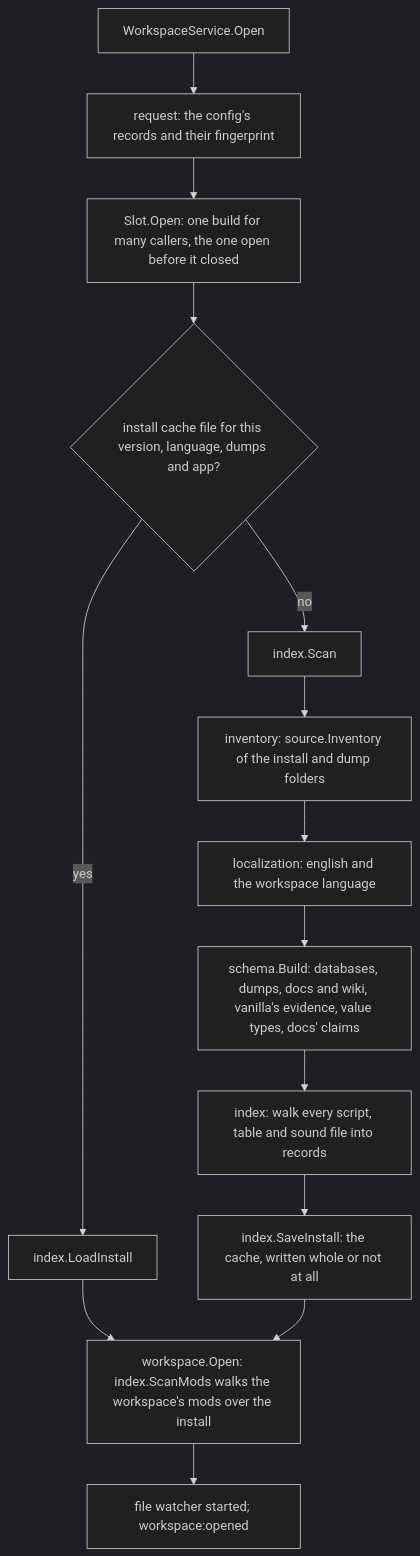
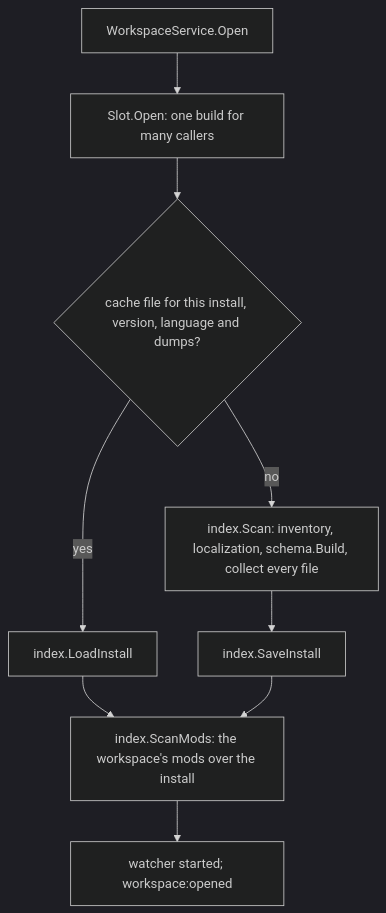
The diagram in services/README.md (idodavis/paradox-modding-tools), drawn with Mermaid (dark theme) before and after one commit. The commit also changed other lines of this file and 1 other file, not shown here.

Commit message:
The services README is the one map of the backend: the packages in their import order, what the engine keeps, the services, the events, opening a workspace, where to change what and the tests; internal/README.md is folded into it.

````diff
--- a/services/README.md
+++ b/services/README.md
@@ -106,16 +87,11 @@
 ```mermaid
 flowchart TD
-  A[WorkspaceService.Open] --> A1[request: the config's records and their fingerprint]
-  A1 --> A2[Slot.Open: one build for many callers, the one open before it closed]
-  A2 --> B{install cache file for this version, language, dumps and app?}
-  B -- yes --> C[index.LoadInstall]
-  B -- no --> D[index.Scan]
-  D --> D1[inventory: source.Inventory of the install and dump folders]
-  D1 --> D2[localization: english and the workspace language]
-  D2 --> D3["schema.Build: databases, dumps, docs and wiki, vanilla's evidence, value types, docs' claims"]
-  D3 --> D4[index: walk every script, table and sound file into records]
-  D4 --> D5[index.SaveInstall: the cache, written whole or not at all]
-  C --> E[workspace.Open: index.ScanMods walks the workspace's mods over the install]
-  D5 --> E
-  E --> F[file watcher started; workspace:opened]
+  A[WorkspaceService.Open] --> B[Slot.Open: one build for many callers]
+  B --> C{cache file for this install, version, language and dumps?}
+  C -- yes --> D[index.LoadInstall]
+  C -- no --> E[index.Scan: inventory, localization, schema.Build, collect every file]
+  E --> F[index.SaveInstall]
+  D --> G[index.ScanMods: the workspace's mods over the install]
+  F --> G
+  G --> H[watcher started; workspace:opened]
 ```
````
